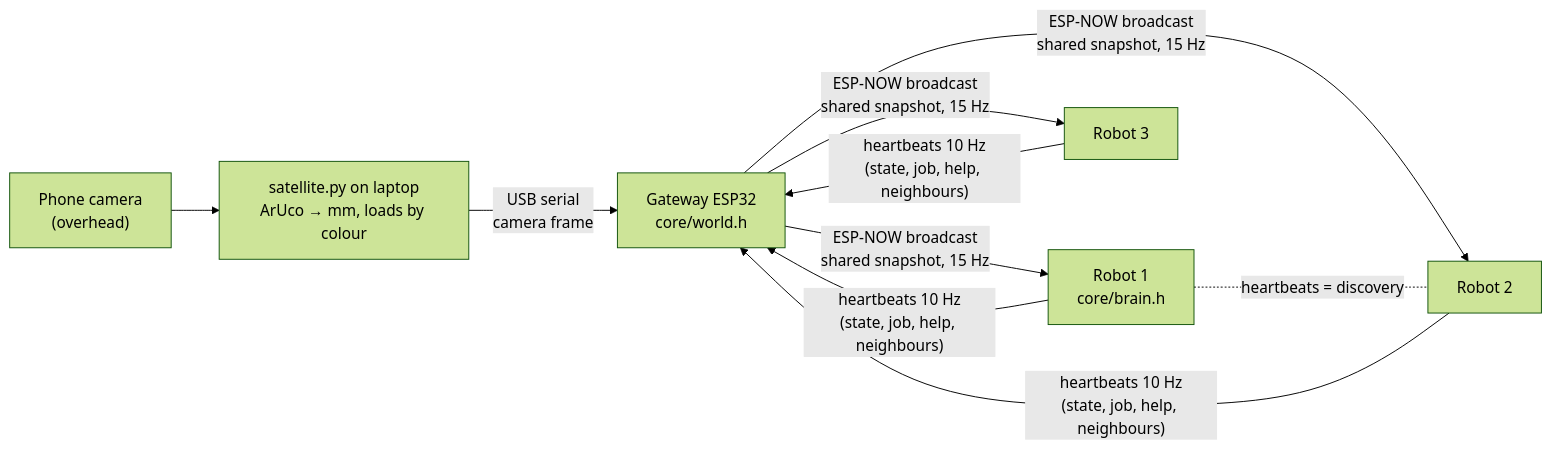
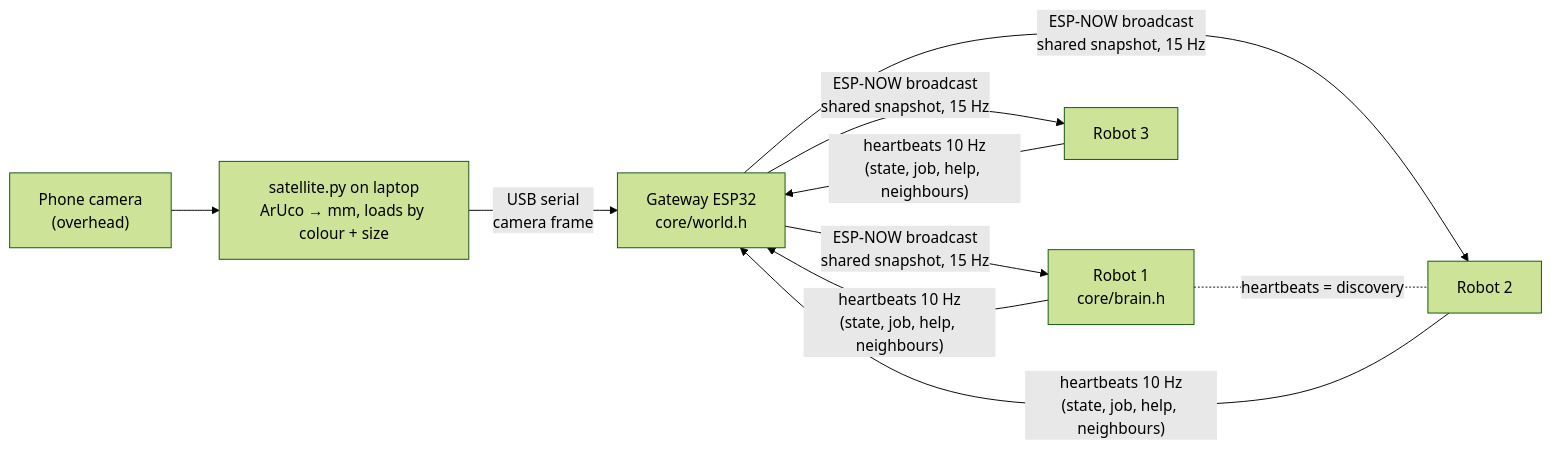
The diagram in README.md (kavin-jain/swarm-intelligence), drawn with Mermaid (forest theme) before and after one commit. The commit also changed other lines of this file, not shown here.

````diff
--- a/README.md
+++ b/README.md
@@ -37,8 +34,8 @@
 ```mermaid
 flowchart LR
-    CAM["Phone camera<br/>(overhead)"] --> SAT["satellite.py on laptop<br/>ArUco → mm, loads by colour"]
+    CAM["Phone camera<br/>(overhead)"] --> SAT["satellite.py on laptop<br/>ArUco → mm, loads by colour + size"]
     SAT -- "USB serial<br/>camera frame" --> GW["Gateway ESP32<br/>core/world.h"]
     GW -- "ESP-NOW broadcast<br/>shared snapshot, 15 Hz" --> R1["Robot 1<br/>core/brain.h"] & R2["Robot 2"] & R3["Robot 3"]
     R1 & R2 & R3 -- "heartbeats 10 Hz<br/>(state, job, help, neighbours)" --> GW
     R1 -. "heartbeats = discovery" .- R2
 ```
````
